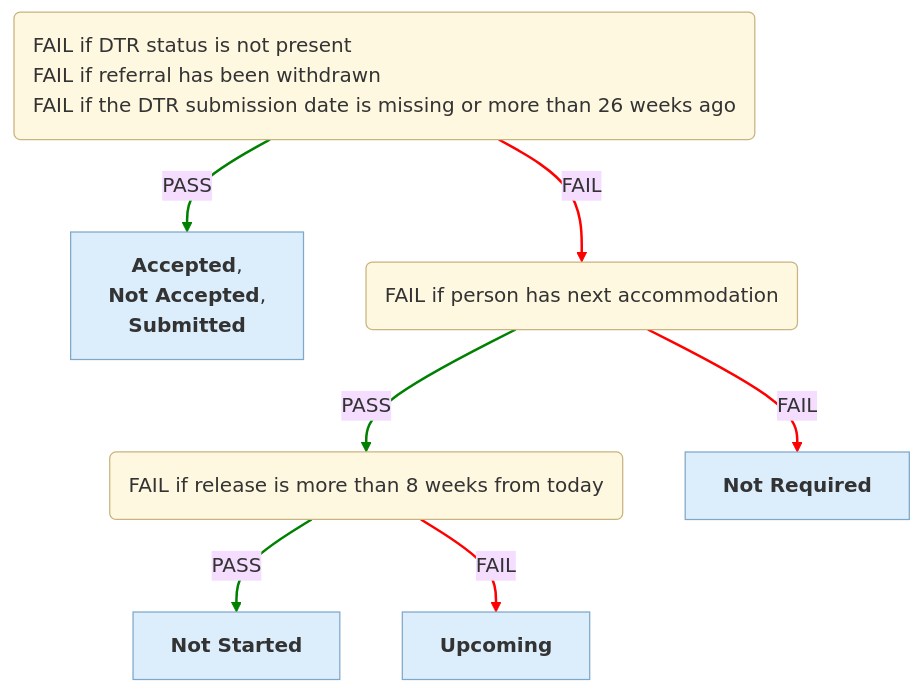
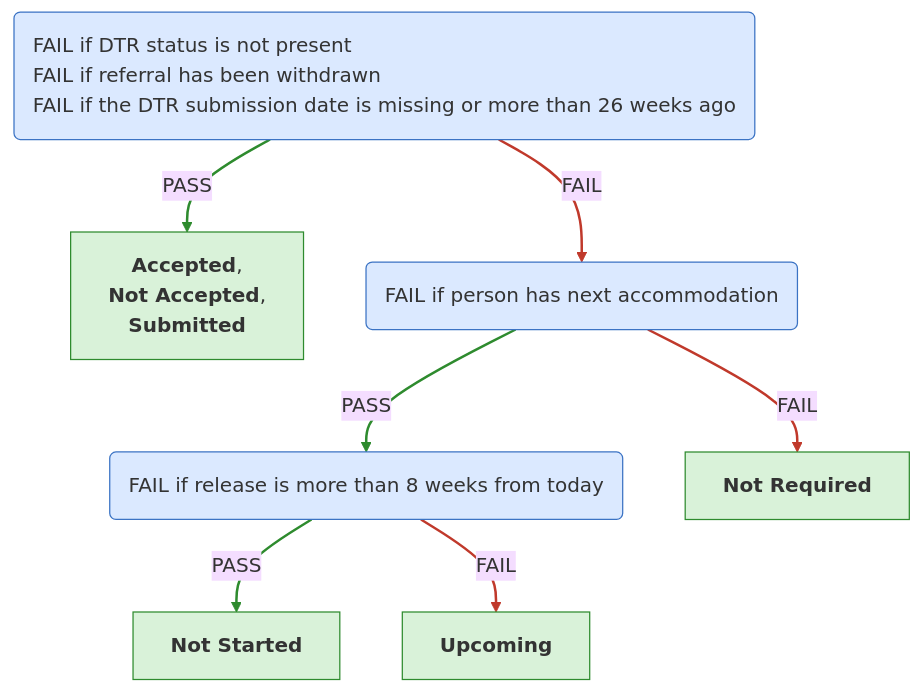
One commit to ministryofjustice/hmpps-single-accommodation-service-api changed the fifth of 6 diagrams in docs/eligibility-rules-graph.md. Above: the diagram before and after it, drawn with Mermaid (base theme). The commit also changed other lines of this file and 47 other files, not shown here.

Commit message:
wip-cas1-cards-graph

````diff
--- a/docs/eligibility-rules-graph.md
+++ b/docs/eligibility-rules-graph.md
@@ -479,28 +496,28 @@
 ```mermaid
 %%{init: {"flowchart": {"wrappingWidth": 800}}}%%
 flowchart TD
-  DTR("<div style='text-align:left'>FAIL if DTR status is not present
+  PASS_if_person_has_a_valid_DTR("<div style='text-align:left'>FAIL if DTR status is not present
 FAIL if referral has been withdrawn
 FAIL if the DTR submission date is missing or more than 26 weeks ago</div>")
   outcome_DtrActiveContextUpdater["<b>Accepted</b>,
  <b>Not Accepted</b>,
  <b>Submitted</b>"]
-  No_Next_Accommodation("<div style='text-align:left'>FAIL if person has next accommodation</div>")
-  Release_Within_8_Weeks("<div style='text-align:left'>FAIL if release is more than 8 weeks from today</div>")
+  PASS_if_person_does_not_have_a_next_accommodation("<div style='text-align:left'>FAIL if person has next accommodation</div>")
+  PASS_if_person_can_start_referral("<div style='text-align:left'>FAIL if release is more than 8 weeks from today</div>")
   DTR_NOT_STARTED["<b>Not Started</b>"]
   outcome_DtrUpcomingContextUpdater["<b>Upcoming</b>"]
   DTR_NOT_REQUIRED["<b>Not Required</b>"]
-  DTR -->|PASS| outcome_DtrActiveContextUpdater
-  Release_Within_8_Weeks -->|PASS| DTR_NOT_STARTED
-  Release_Within_8_Weeks -->|FAIL| outcome_DtrUpcomingContextUpdater
-  No_Next_Accommodation -->|PASS| Release_Within_8_Weeks
-  No_Next_Accommodation -->|FAIL| DTR_NOT_REQUIRED
-  DTR -->|FAIL| No_Next_Accommodation
-  linkStyle 0,1,3 stroke:green,stroke-width:2px
-  linkStyle 2,4,5 stroke:red,stroke-width:2px
-  classDef ruleSetNode fill:#FFF8E1,stroke:#C9B37E,color:#333
-  classDef outcomeNode fill:#DCEEFB,stroke:#7FA7C9,color:#333
-  classDef updaterNode fill:#EDE7F6,stroke:#A99BC9,color:#333
-  class DTR,No_Next_Accommodation,Release_Within_8_Weeks ruleSetNode
+  PASS_if_person_has_a_valid_DTR -->|PASS| outcome_DtrActiveContextUpdater
+  PASS_if_person_can_start_referral -->|PASS| DTR_NOT_STARTED
+  PASS_if_person_can_start_referral -->|FAIL| outcome_DtrUpcomingContextUpdater
+  PASS_if_person_does_not_have_a_next_accommodation -->|PASS| PASS_if_person_can_start_referral
+  PASS_if_person_does_not_have_a_next_accommodation -->|FAIL| DTR_NOT_REQUIRED
+  PASS_if_person_has_a_valid_DTR -->|FAIL| PASS_if_person_does_not_have_a_next_accommodation
+  linkStyle 0,1,3 stroke:#2e8b2e,stroke-width:2px
+  linkStyle 2,4,5 stroke:#c0392b,stroke-width:2px
+  classDef ruleSetNode fill:#dbe9ff,stroke:#3b73c4,color:#333
+  classDef outcomeNode fill:#d9f2d9,stroke:#2e8b2e,color:#333
+  classDef updaterNode fill:#fff2cc,stroke:#c99a00,color:#333
+  class PASS_if_person_has_a_valid_DTR,PASS_if_person_does_not_have_a_next_accommodation,PASS_if_person_can_start_referral ruleSetNode
   class outcome_DtrActiveContextUpdater,DTR_NOT_STARTED,outcome_DtrUpcomingContextUpdater,DTR_NOT_REQUIRED outcomeNode
 ```
````
